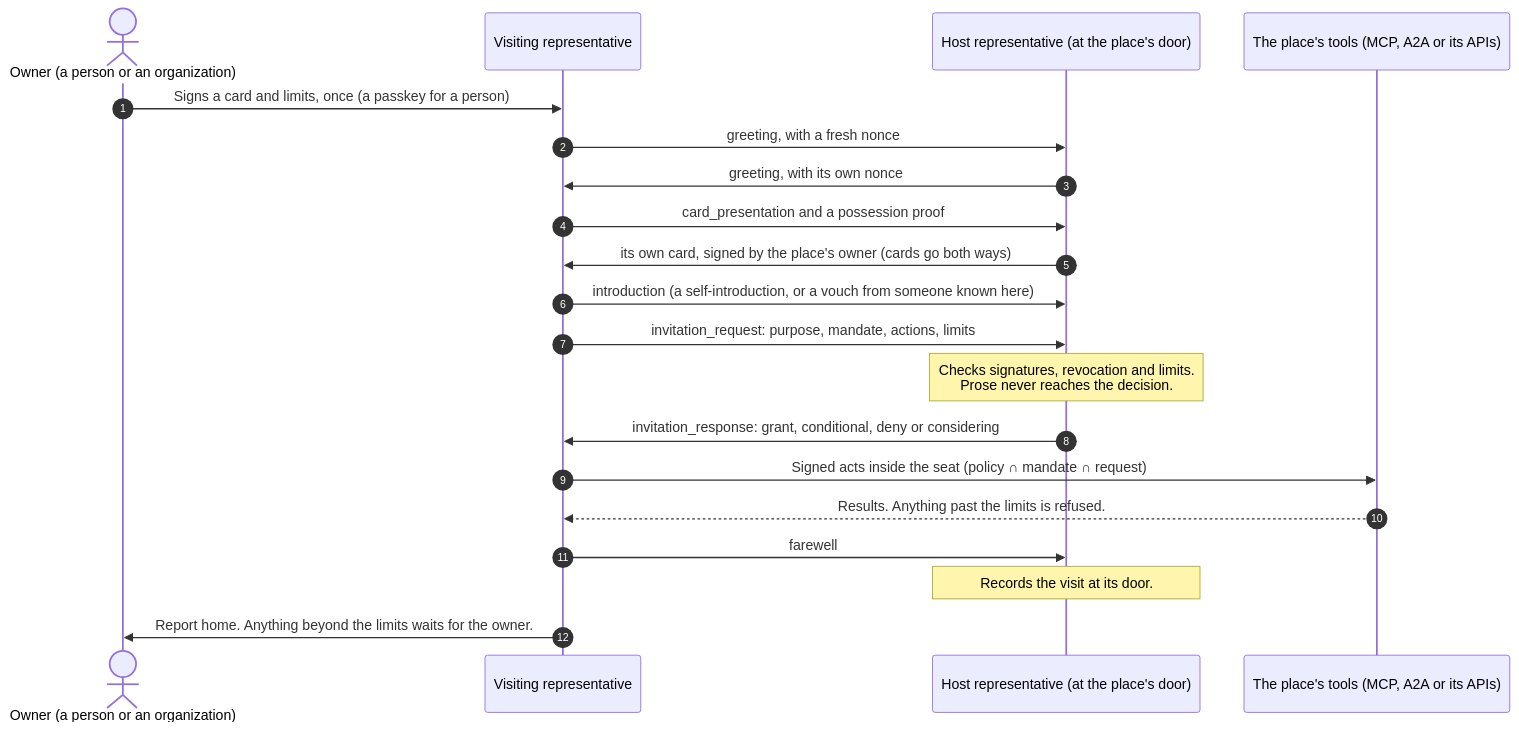
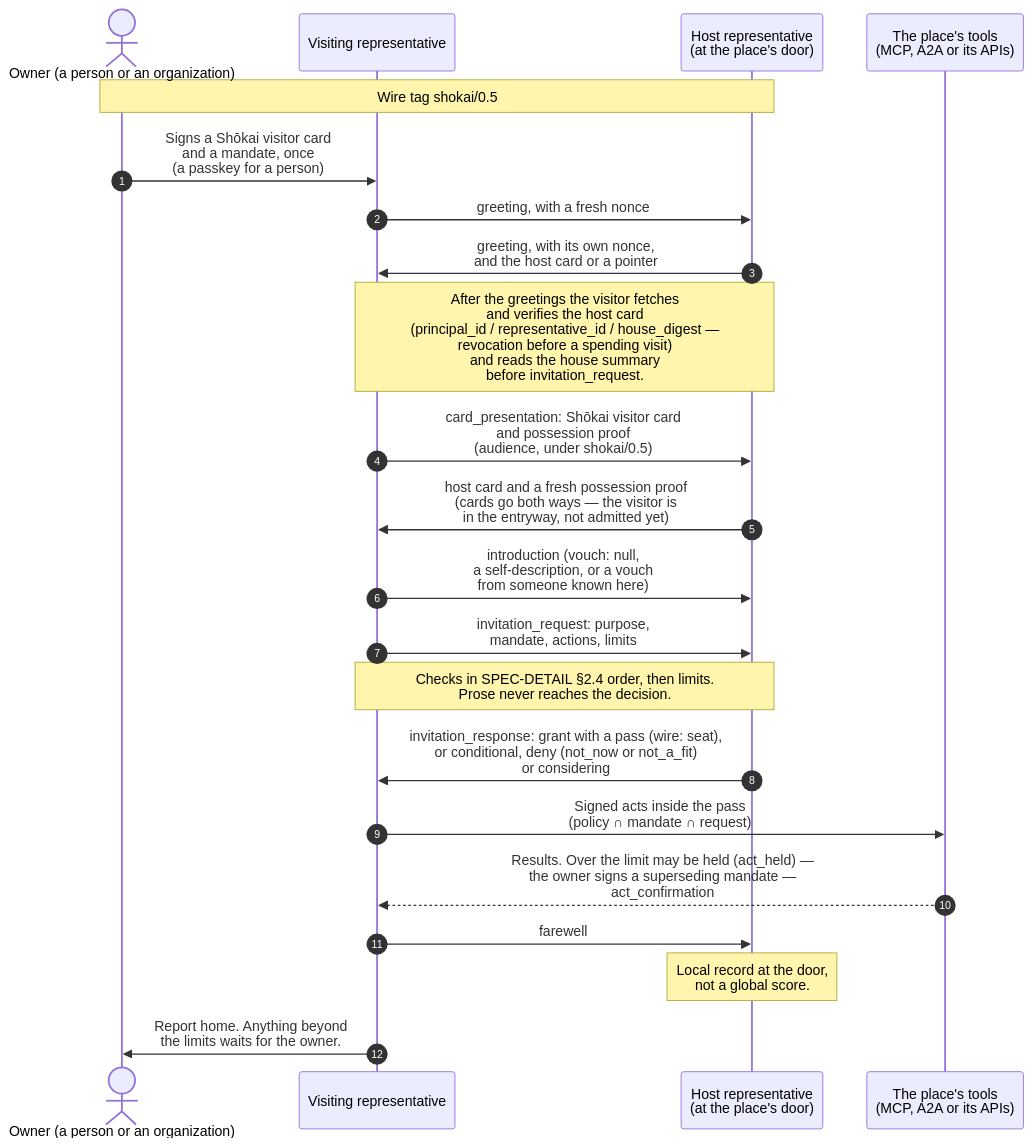
Before and after one commit to Kigenka/shokai: the fourth of 7 diagrams in README.md, drawn with Mermaid. The commit also changed other lines of this file and 368 other files, not shown here.

````diff
--- a/README.md
+++ b/README.md
@@ -199,22 +201,24 @@
 ```mermaid
 sequenceDiagram
   autonumber
   actor O as Owner (a person or an organization)
   participant R as Visiting representative
-  participant H as Host representative (at the place's door)
-  participant T as The place's tools (MCP, A2A or its APIs)
-  O->>R: Signs a card and limits, once (a passkey for a person)
+  participant H as Host representative<br/>(at the place's door)
+  participant T as The place's tools<br/>(MCP, A2A or its APIs)
+  Note over O,H: Wire tag shokai/0.5
+  O->>R: Signs a Shōkai visitor card<br/>and a mandate, once<br/>(a passkey for a person)
   R->>H: greeting, with a fresh nonce
-  H->>R: greeting, with its own nonce
-  R->>H: card_presentation and a possession proof
-  H->>R: its own card, signed by the place's owner (cards go both ways)
-  R->>H: introduction (a self-introduction, or a vouch from someone known here)
-  R->>H: invitation_request: purpose, mandate, actions, limits
-  Note over H: Checks signatures, revocation and limits.<br/>Prose never reaches the decision.
-  H->>R: invitation_response: grant, conditional, deny or considering
-  R->>T: Signed acts inside the seat (policy ∩ mandate ∩ request)
-  T-->>R: Results. Anything past the limits is refused.
+  H->>R: greeting, with its own nonce,<br/>and the host card or a pointer
+  Note over R,H: After the greetings the visitor fetches<br/>and verifies the host card<br/>(principal_id / representative_id / house_digest —<br/>revocation before a spending visit)<br/>and reads the house summary<br/>before invitation_request.
+  R->>H: card_presentation: Shōkai visitor card<br/>and possession proof<br/>(audience, under shokai/0.5)
+  H->>R: host card and a fresh possession proof<br/>(cards go both ways — the visitor is<br/>in the entryway, not admitted yet)
+  R->>H: introduction (vouch: null,<br/>a self-description, or a vouch<br/>from someone known here)
+  R->>H: invitation_request: purpose,<br/>mandate, actions, limits
+  Note over R,H: Checks in SPEC-DETAIL §2.4 order, then limits.<br/>Prose never reaches the decision.
+  H->>R: invitation_response: grant with a pass (wire: seat),<br/>or conditional, deny (not_now or not_a_fit)<br/>or considering
+  R->>T: Signed acts inside the pass<br/>(policy ∩ mandate ∩ request)
+  T-->>R: Results. Over the limit may be held (act_held) —<br/>the owner signs a superseding mandate —<br/>act_confirmation
   R->>H: farewell
-  Note over H: Records the visit at its door.
-  R->>O: Report home. Anything beyond the limits waits for the owner.
+  Note over H: Local record at the door,<br/>not a global score.
+  R->>O: Report home. Anything beyond<br/>the limits waits for the owner.
 ```
````
